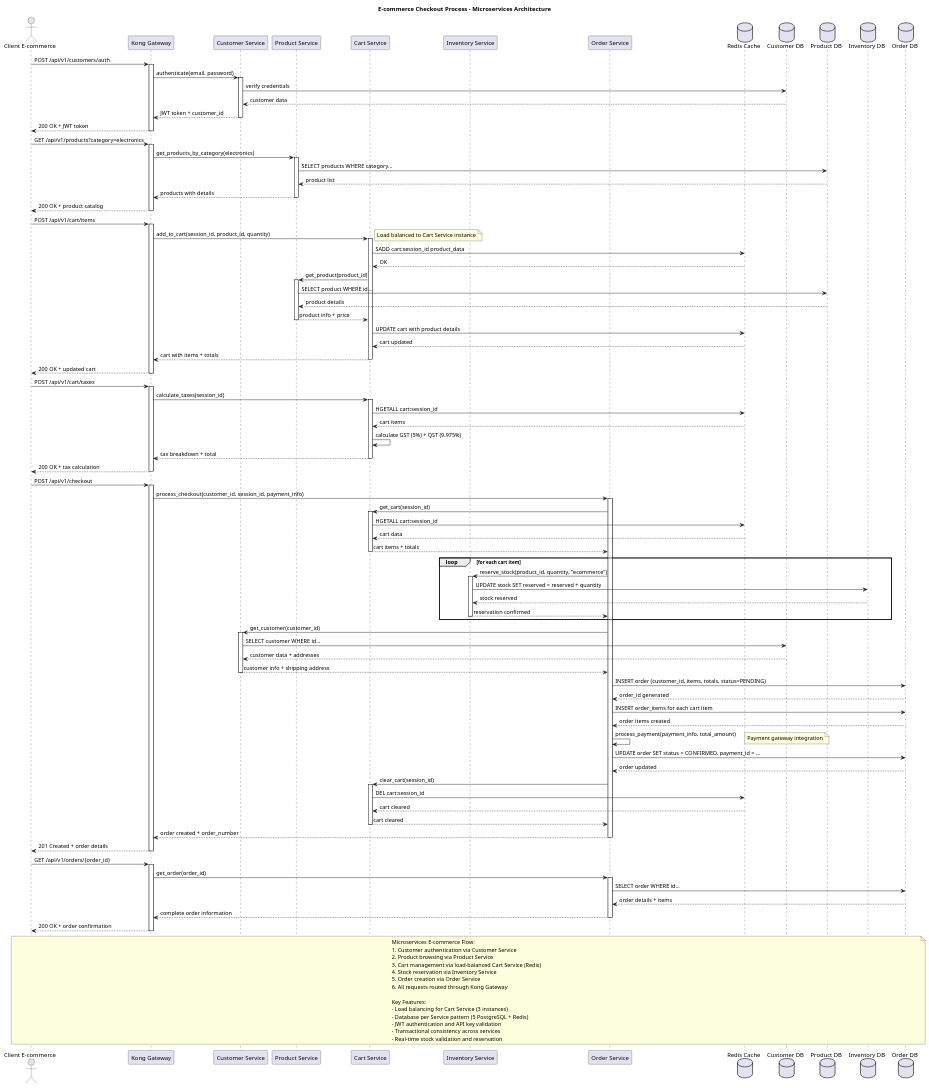
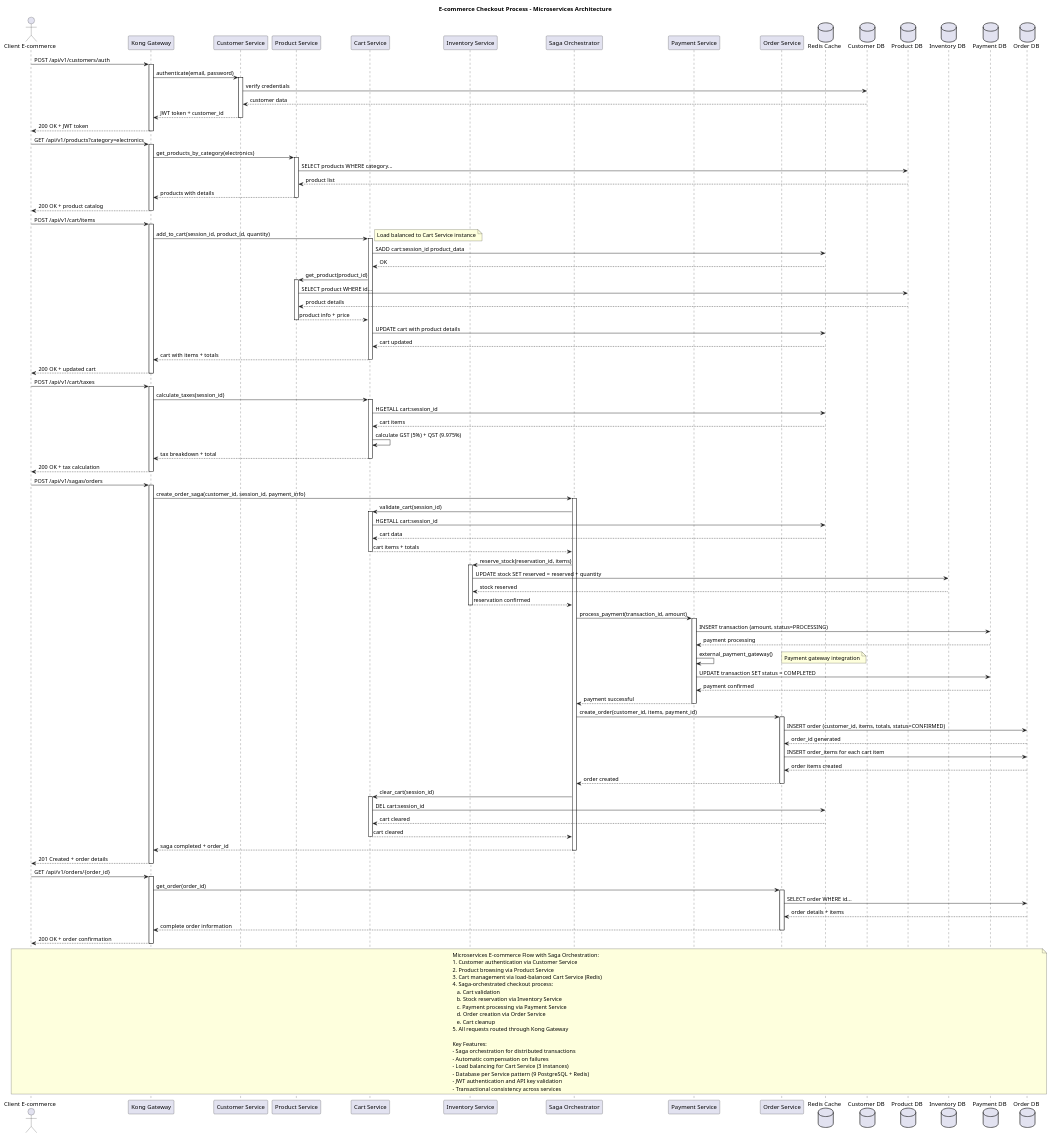
The diagram in docs/uml/sequence_vente.puml (MelvinSDRS/log430-lab7-bis), drawn with PlantUML before and after one commit. The commit also changed 43 other files, not shown here.

```diff
--- a/docs/uml/sequence_vente.puml
+++ b/docs/uml/sequence_vente.puml
@@ -1,161 +1,169 @@
 @startuml
 title E-commerce Checkout Process - Microservices Architecture
 
 actor "Client E-commerce" as CLIENT
 participant "Kong Gateway" as KONG
 participant "Customer Service" as CUSTOMER_SVC
 participant "Product Service" as PRODUCT_SVC
 participant "Cart Service" as CART_SVC
 participant "Inventory Service" as INVENTORY_SVC
+participant "Saga Orchestrator" as SAGA_ORCHESTRATOR
+participant "Payment Service" as PAYMENT_SVC
 participant "Order Service" as ORDER_SVC
 database "Redis Cache" as REDIS
 database "Customer DB" as CUSTOMER_DB
 database "Product DB" as PRODUCT_DB
 database "Inventory DB" as INVENTORY_DB
+database "Payment DB" as PAYMENT_DB
 database "Order DB" as ORDER_DB
 
 ' 1. Customer Authentication
 CLIENT -> KONG : POST /api/v1/customers/auth
 activate KONG
 KONG -> CUSTOMER_SVC : authenticate(email, password)
 activate CUSTOMER_SVC
 CUSTOMER_SVC -> CUSTOMER_DB : verify credentials
 CUSTOMER_DB --> CUSTOMER_SVC : customer data
 CUSTOMER_SVC --> KONG : JWT token + customer_id
 deactivate CUSTOMER_SVC
 KONG --> CLIENT : 200 OK + JWT token
 deactivate KONG
 
 ' 2. Browse Products
 CLIENT -> KONG : GET /api/v1/products?category=electronics
 activate KONG
 KONG -> PRODUCT_SVC : get_products_by_category(electronics)
 activate PRODUCT_SVC
 PRODUCT_SVC -> PRODUCT_DB : SELECT products WHERE category...
 PRODUCT_DB --> PRODUCT_SVC : product list
 PRODUCT_SVC --> KONG : products with details
 deactivate PRODUCT_SVC
 KONG --> CLIENT : 200 OK + product catalog
 deactivate KONG
 
 ' 3. Add to Cart (Load Balanced)
 CLIENT -> KONG : POST /api/v1/cart/items
 activate KONG
 KONG -> CART_SVC : add_to_cart(session_id, product_id, quantity)
 note right : Load balanced to Cart Service instance
 activate CART_SVC
 CART_SVC -> REDIS : SADD cart:session_id product_data
 REDIS --> CART_SVC : OK
 CART_SVC -> PRODUCT_SVC : get_product(product_id)
 activate PRODUCT_SVC
 PRODUCT_SVC -> PRODUCT_DB : SELECT product WHERE id...
 PRODUCT_DB --> PRODUCT_SVC : product details
 PRODUCT_SVC --> CART_SVC : product info + price
 deactivate PRODUCT_SVC
 CART_SVC -> REDIS : UPDATE cart with product details
 REDIS --> CART_SVC : cart updated
 CART_SVC --> KONG : cart with items + totals
 deactivate CART_SVC
 KONG --> CLIENT : 200 OK + updated cart
 deactivate KONG
 
 ' 4. Calculate Taxes
 CLIENT -> KONG : POST /api/v1/cart/taxes
 activate KONG
 KONG -> CART_SVC : calculate_taxes(session_id)
 activate CART_SVC
 CART_SVC -> REDIS : HGETALL cart:session_id
 REDIS --> CART_SVC : cart items
 CART_SVC -> CART_SVC : calculate GST (5%) + QST (9.975%)
 CART_SVC --> KONG : tax breakdown + total
 deactivate CART_SVC
 KONG --> CLIENT : 200 OK + tax calculation
 deactivate KONG
 
-' 5. Checkout Process
-CLIENT -> KONG : POST /api/v1/checkout
+' 5. Checkout Process (Saga Orchestration)
+CLIENT -> KONG : POST /api/v1/sagas/orders
 activate KONG
-KONG -> ORDER_SVC : process_checkout(customer_id, session_id, payment_info)
-activate ORDER_SVC
+KONG -> SAGA_ORCHESTRATOR : create_order_saga(customer_id, session_id, payment_info)
+activate SAGA_ORCHESTRATOR
 
-' 5a. Validate Cart
-ORDER_SVC -> CART_SVC : get_cart(session_id)
+' 5a. Saga Step 1: Validate Cart
+SAGA_ORCHESTRATOR -> CART_SVC : validate_cart(session_id)
 activate CART_SVC
 CART_SVC -> REDIS : HGETALL cart:session_id
 REDIS --> CART_SVC : cart data
-CART_SVC --> ORDER_SVC : cart items + totals
+CART_SVC --> SAGA_ORCHESTRATOR : cart items + totals
 deactivate CART_SVC
 
-' 5b. Reserve Stock
-loop for each cart item
-    ORDER_SVC -> INVENTORY_SVC : reserve_stock(product_id, quantity, "ecommerce")
-    activate INVENTORY_SVC
-    INVENTORY_SVC -> INVENTORY_DB : UPDATE stock SET reserved = reserved + quantity
-    INVENTORY_DB --> INVENTORY_SVC : stock reserved
-    INVENTORY_SVC --> ORDER_SVC : reservation confirmed
-    deactivate INVENTORY_SVC
-end
+' 5b. Saga Step 2: Reserve Stock
+SAGA_ORCHESTRATOR -> INVENTORY_SVC : reserve_stock(reservation_id, items)
+activate INVENTORY_SVC
+INVENTORY_SVC -> INVENTORY_DB : UPDATE stock SET reserved = reserved + quantity
+INVENTORY_DB --> INVENTORY_SVC : stock reserved
+INVENTORY_SVC --> SAGA_ORCHESTRATOR : reservation confirmed
+deactivate INVENTORY_SVC
 
-' 5c. Validate Customer
-ORDER_SVC -> CUSTOMER_SVC : get_customer(customer_id)
-activate CUSTOMER_SVC
-CUSTOMER_SVC -> CUSTOMER_DB : SELECT customer WHERE id...
-CUSTOMER_DB --> CUSTOMER_SVC : customer data + addresses
-CUSTOMER_SVC --> ORDER_SVC : customer info + shipping address
-deactivate CUSTOMER_SVC
+' 5c. Saga Step 3: Process Payment
+SAGA_ORCHESTRATOR -> PAYMENT_SVC : process_payment(transaction_id, amount)
+activate PAYMENT_SVC
+PAYMENT_SVC -> PAYMENT_DB : INSERT transaction (amount, status=PROCESSING)
+PAYMENT_DB --> PAYMENT_SVC : payment processing
+PAYMENT_SVC -> PAYMENT_SVC : external_payment_gateway()
+note right : Payment gateway integration
+PAYMENT_SVC -> PAYMENT_DB : UPDATE transaction SET status = COMPLETED
+PAYMENT_DB --> PAYMENT_SVC : payment confirmed
+PAYMENT_SVC --> SAGA_ORCHESTRATOR : payment successful
+deactivate PAYMENT_SVC
 
-' 5d. Create Order
-ORDER_SVC -> ORDER_DB : INSERT order (customer_id, items, totals, status=PENDING)
+' 5d. Saga Step 4: Create Order
+SAGA_ORCHESTRATOR -> ORDER_SVC : create_order(customer_id, items, payment_id)
+activate ORDER_SVC
+ORDER_SVC -> ORDER_DB : INSERT order (customer_id, items, totals, status=CONFIRMED)
 ORDER_DB --> ORDER_SVC : order_id generated
 ORDER_SVC -> ORDER_DB : INSERT order_items for each cart item
 ORDER_DB --> ORDER_SVC : order items created
+ORDER_SVC --> SAGA_ORCHESTRATOR : order created
+deactivate ORDER_SVC
 
-' 5e. Process Payment (Simulated)
-ORDER_SVC -> ORDER_SVC : process_payment(payment_info, total_amount)
-note right : Payment gateway integration
-ORDER_SVC -> ORDER_DB : UPDATE order SET status = CONFIRMED, payment_id = ...
-ORDER_DB --> ORDER_SVC : order updated
-
-' 5f. Clear Cart
-ORDER_SVC -> CART_SVC : clear_cart(session_id)
+' 5e. Saga Step 5: Clear Cart
+SAGA_ORCHESTRATOR -> CART_SVC : clear_cart(session_id)
 activate CART_SVC
 CART_SVC -> REDIS : DEL cart:session_id
 REDIS --> CART_SVC : cart cleared
-CART_SVC --> ORDER_SVC : cart cleared
+CART_SVC --> SAGA_ORCHESTRATOR : cart cleared
 deactivate CART_SVC
 
-ORDER_SVC --> KONG : order created + order_number
-deactivate ORDER_SVC
+SAGA_ORCHESTRATOR --> KONG : saga completed + order_id
+deactivate SAGA_ORCHESTRATOR
 KONG --> CLIENT : 201 Created + order details
 deactivate KONG
 
 ' 6. Order Confirmation
 CLIENT -> KONG : GET /api/v1/orders/{order_id}
 activate KONG
 KONG -> ORDER_SVC : get_order(order_id)
 activate ORDER_SVC
 ORDER_SVC -> ORDER_DB : SELECT order WHERE id...
 ORDER_DB --> ORDER_SVC : order details + items
 ORDER_SVC --> KONG : complete order information
 deactivate ORDER_SVC
 KONG --> CLIENT : 200 OK + order confirmation
 deactivate KONG
 
 note over CLIENT, ORDER_DB
-  Microservices E-commerce Flow:
+  Microservices E-commerce Flow with Saga Orchestration:
   1. Customer authentication via Customer Service
   2. Product browsing via Product Service
   3. Cart management via load-balanced Cart Service (Redis)
-  4. Stock reservation via Inventory Service
-  5. Order creation via Order Service
-  6. All requests routed through Kong Gateway
+  4. Saga-orchestrated checkout process:
+     a. Cart validation
+     b. Stock reservation via Inventory Service
+     c. Payment processing via Payment Service
+     d. Order creation via Order Service
+     e. Cart cleanup
+  5. All requests routed through Kong Gateway
   
   Key Features:
+  - Saga orchestration for distributed transactions
+  - Automatic compensation on failures
   - Load balancing for Cart Service (3 instances)
-  - Database per Service pattern (5 PostgreSQL + Redis)
+  - Database per Service pattern (9 PostgreSQL + Redis)
   - JWT authentication and API key validation
   - Transactional consistency across services
-  - Real-time stock validation and reservation
 end note
 
 @enduml
```
